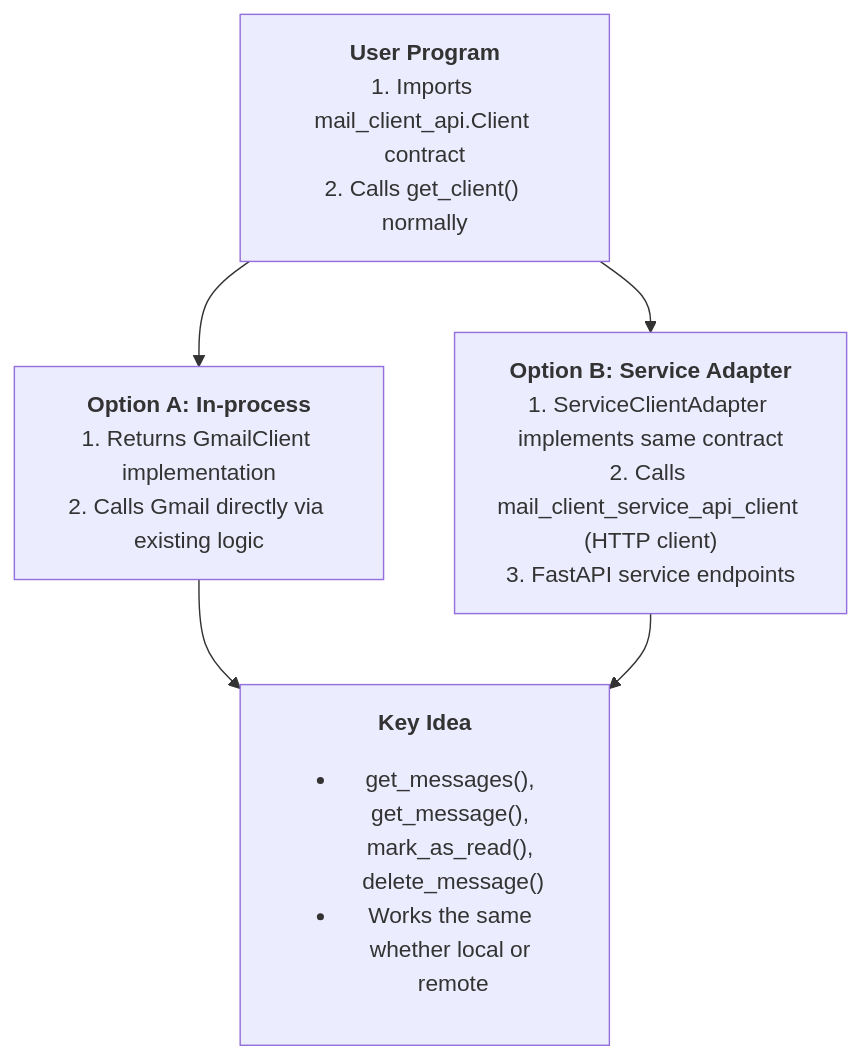
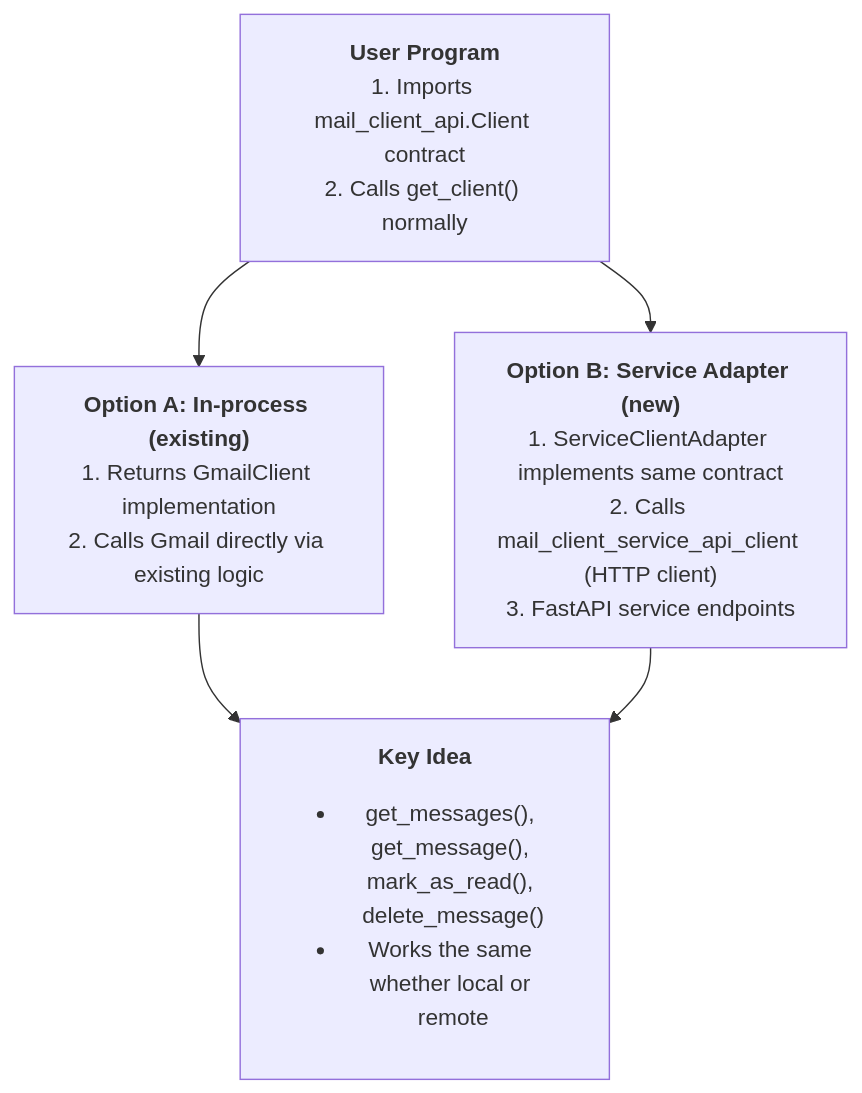
One commit to ivanearisty/oss-taapp changed the diagram in DESIGN.md. Above: the diagram before and after it, drawn with Mermaid.

Commit message:
add labeling

````diff
--- a/DESIGN.md
+++ b/DESIGN.md
@@ -14,17 +14,17 @@
 ```mermaid
 flowchart TB
 
   UP["<b>User Program</b><br/>1. Imports mail_client_api.Client contract<br/>2. Calls get_client() normally"]
 
-  OA["<b>Option A: In-process</b><br/>1. Returns GmailClient implementation<br/>2. Calls Gmail directly via existing logic"]
+  OA["<b>Option A: In-process (existing)</b><br/>1. Returns GmailClient implementation<br/>2. Calls Gmail directly via existing logic"]
 
-  OB["<b>Option B: Service Adapter</b><br/>1. ServiceClientAdapter implements same contract<br/>2. Calls mail_client_service_api_client (HTTP client)<br/>3. FastAPI service endpoints"]
+  OB["<b>Option B: Service Adapter (new)</b><br/>1. ServiceClientAdapter implements same contract<br/>2. Calls mail_client_service_api_client (HTTP client)<br/>3. FastAPI service endpoints"]
 
   KI["<b>Key Idea</b><br/><ul><li>get_messages(), get_message(), mark_as_read(), delete_message()</li><li>Works the same whether local or remote</li></ul>"]
 
   UP --> OA
   UP --> OB
 
   OA --> KI
   OB --> KI
 ```
````
